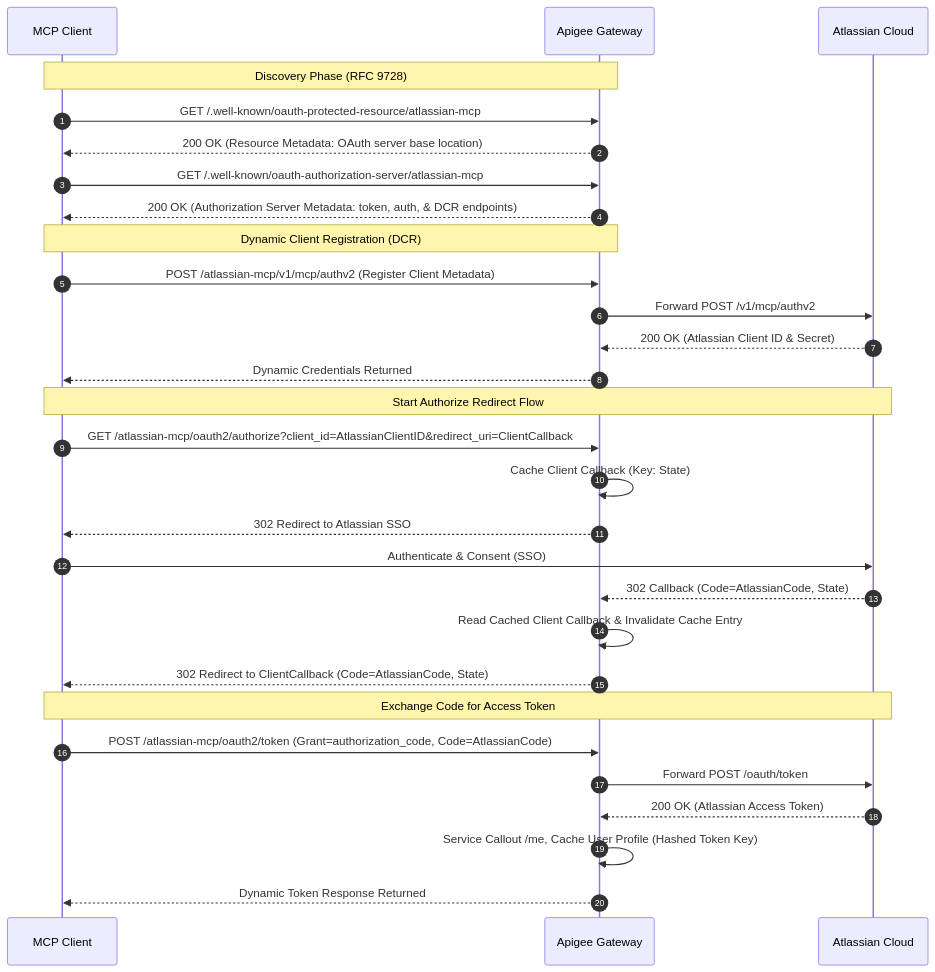
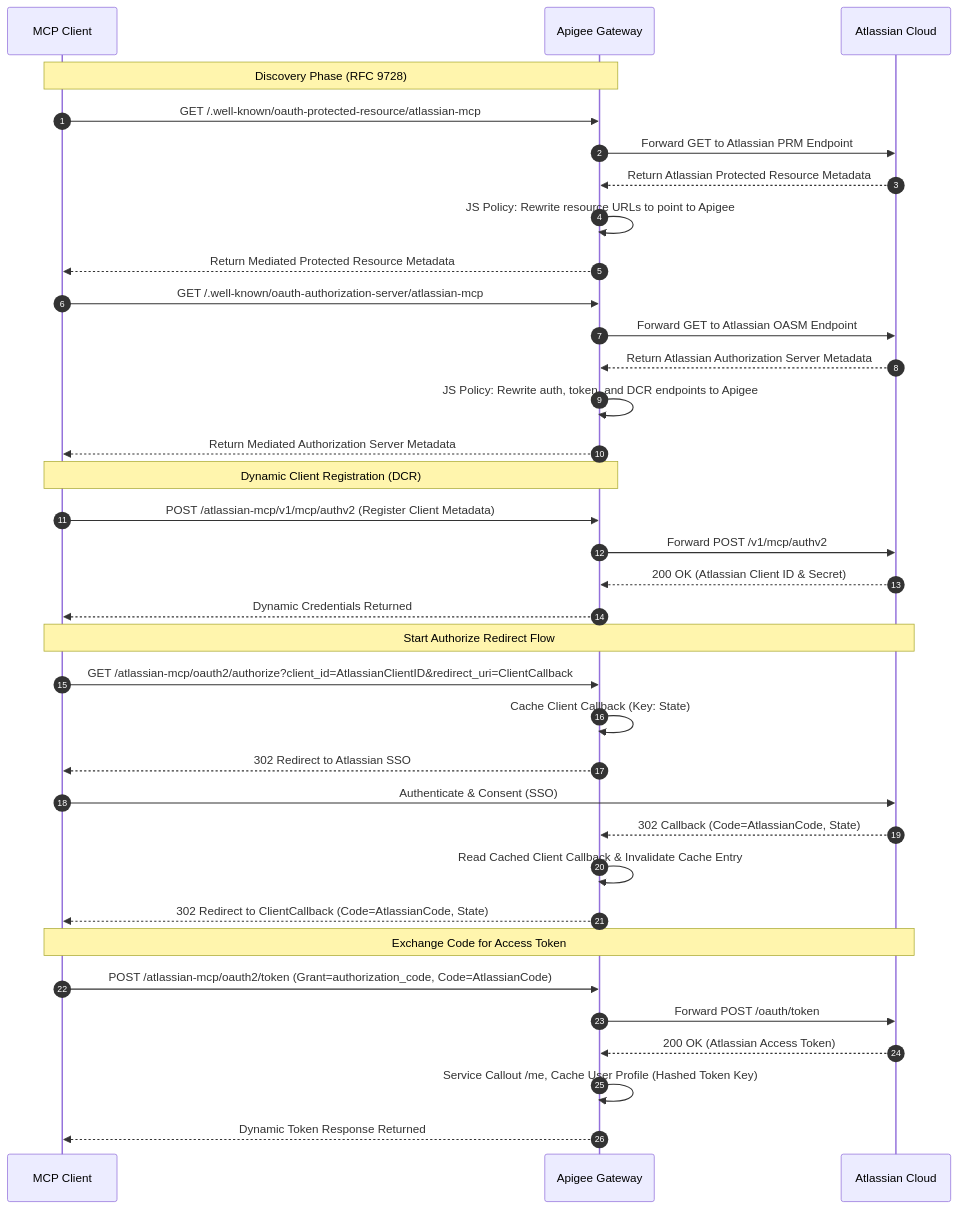
One commit to ra2085/apigee-atl-mcp changed the first of 2 diagrams in README.md. Above: the diagram before and after it, drawn with Mermaid.

Commit message:
fix: updated discovery sequence diagram to show proxying and rewrite mediation

````diff
--- a/README.md
+++ b/README.md
@@ -20,37 +20,43 @@
 ```mermaid
 sequenceDiagram
     autonumber
     participant Client as MCP Client
     participant Apigee as Apigee Gateway
     participant Atlassian as Atlassian Cloud
 
     Note over Client, Apigee: Discovery Phase (RFC 9728)
     Client->>Apigee: GET /.well-known/oauth-protected-resource/atlassian-mcp
-    Apigee-->>Client: 200 OK (Resource Metadata: OAuth server base location)
+    Apigee->>Atlassian: Forward GET to Atlassian PRM Endpoint
+    Atlassian-->>Apigee: Return Atlassian Protected Resource Metadata
+    Apigee->>Apigee: JS Policy: Rewrite resource URLs to point to Apigee
+    Apigee-->>Client: Return Mediated Protected Resource Metadata
     
     Client->>Apigee: GET /.well-known/oauth-authorization-server/atlassian-mcp
-    Apigee-->>Client: 200 OK (Authorization Server Metadata: token, auth, & DCR endpoints)
+    Apigee->>Atlassian: Forward GET to Atlassian OASM Endpoint
+    Atlassian-->>Apigee: Return Atlassian Authorization Server Metadata
+    Apigee->>Apigee: JS Policy: Rewrite auth, token, and DCR endpoints to Apigee
+    Apigee-->>Client: Return Mediated Authorization Server Metadata
 
     Note over Client, Apigee: Dynamic Client Registration (DCR)
     Client->>Apigee: POST /atlassian-mcp/v1/mcp/authv2 (Register Client Metadata)
     Apigee->>Atlassian: Forward POST /v1/mcp/authv2
     Atlassian-->>Apigee: 200 OK (Atlassian Client ID & Secret)
     Apigee-->>Client: Dynamic Credentials Returned
     
     Note over Client, Atlassian: Start Authorize Redirect Flow
     Client->>Apigee: GET /atlassian-mcp/oauth2/authorize?client_id=AtlassianClientID&redirect_uri=ClientCallback
     Apigee->>Apigee: Cache Client Callback (Key: State)
     Apigee-->>Client: 302 Redirect to Atlassian SSO
     
     Client->>Atlassian: Authenticate & Consent (SSO)
     Atlassian-->>Apigee: 302 Callback (Code=AtlassianCode, State)
     Apigee->>Apigee: Read Cached Client Callback & Invalidate Cache Entry
     Apigee-->>Client: 302 Redirect to ClientCallback (Code=AtlassianCode, State)
     
     Note over Client, Atlassian: Exchange Code for Access Token
     Client->>Apigee: POST /atlassian-mcp/oauth2/token (Grant=authorization_code, Code=AtlassianCode)
     Apigee->>Atlassian: Forward POST /oauth/token
     Atlassian-->>Apigee: 200 OK (Atlassian Access Token)
     Apigee->>Apigee: Service Callout /me, Cache User Profile (Hashed Token Key)
     Apigee-->>Client: Dynamic Token Response Returned
 ```
````
